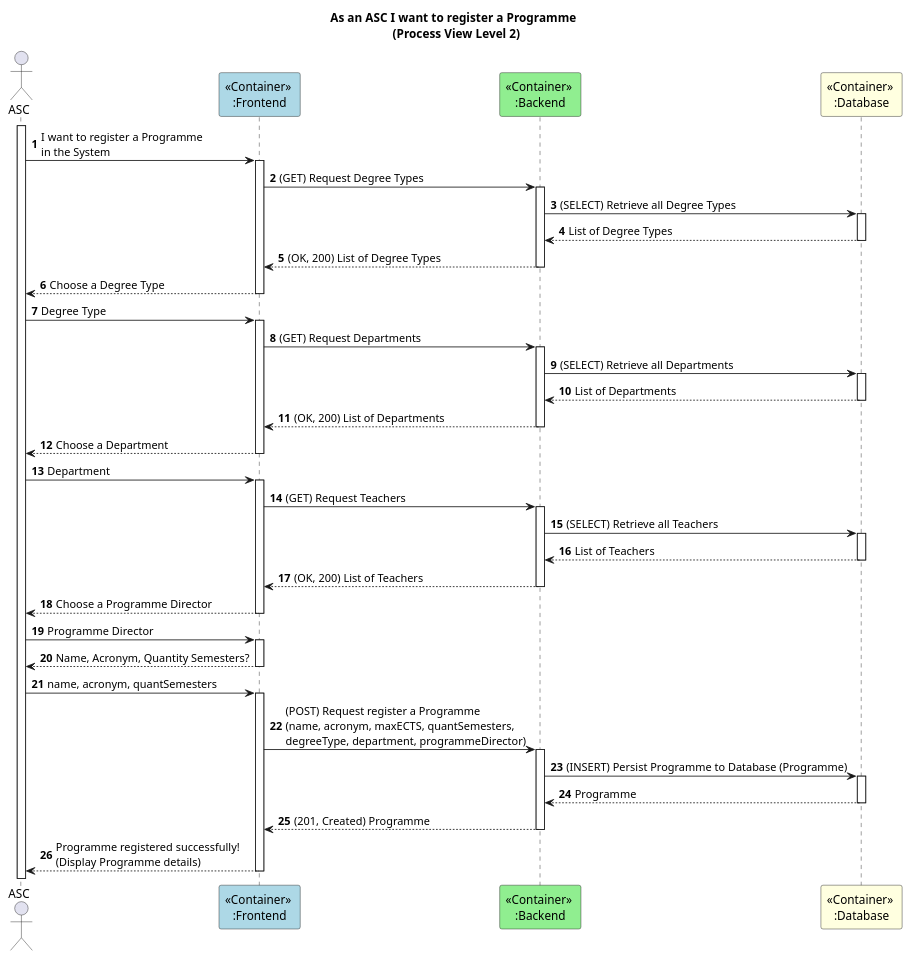
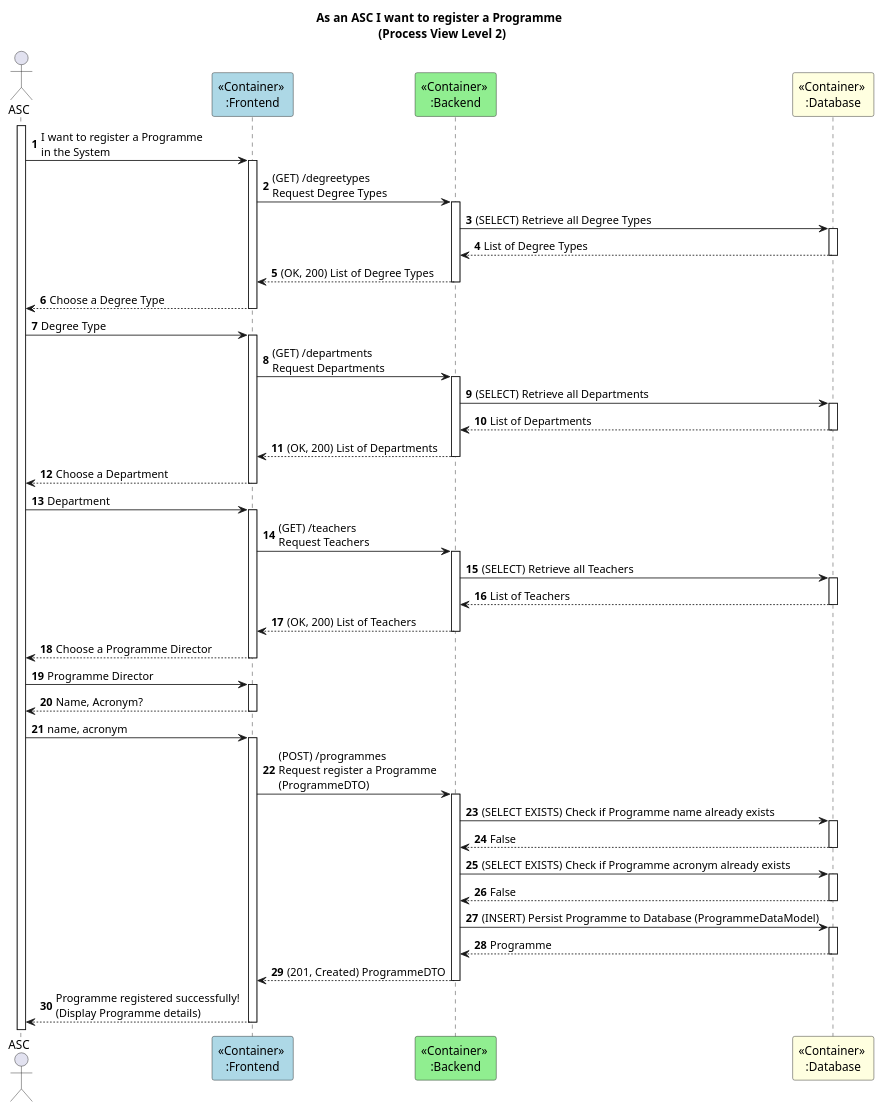
One commit to GasparISEP/DevOps-PAI changed the diagram in docs/US31/ProcessView/Level2.puml. Above: the diagram before and after it, drawn with PlantUML.

Commit message:
Ref #505, #523: Made corrections to ProcessView Level2 diagram

```diff
--- a/docs/US31/ProcessView/Level2.puml
+++ b/docs/US31/ProcessView/Level2.puml
@@ -1,43 +1,47 @@
 @startuml
 
 autonumber
 
 title As an ASC I want to register a Programme \n (Process View Level 2)
 
 actor ASC as Admin
 participant "<<Container>> \n:Frontend" as FE #lightblue
 participant "<<Container>> \n:Backend" as BE #lightgreen
 participant "<<Container>> \n:Database" as BD #lightyellow
 
 activate Admin
 Admin -> FE ++: I want to register a Programme \nin the System
-FE -> BE ++: (GET) Request Degree Types
+FE -> BE ++: (GET) /degreetypes \nRequest Degree Types
 BE -> BD ++: (SELECT) Retrieve all Degree Types
 BD --> BE --: List of Degree Types
 BE --> FE --: (OK, 200) List of Degree Types
 FE --> Admin --: Choose a Degree Type
 Admin -> FE ++: Degree Type
 
-FE -> BE ++: (GET) Request Departments
+FE -> BE ++: (GET) /departments \nRequest Departments
 BE -> BD ++: (SELECT) Retrieve all Departments
 BD --> BE --: List of Departments
 BE --> FE --: (OK, 200) List of Departments
 FE --> Admin --: Choose a Department
 Admin -> FE ++: Department
 
-FE -> BE ++: (GET) Request Teachers
+FE -> BE ++: (GET) /teachers \nRequest Teachers
 BE -> BD ++: (SELECT) Retrieve all Teachers
 BD --> BE --: List of Teachers
 BE --> FE --: (OK, 200) List of Teachers
 FE --> Admin --: Choose a Programme Director
 Admin -> FE ++: Programme Director
 
-FE --> Admin --: Name, Acronym, Quantity Semesters?
-Admin -> FE ++: name, acronym, quantSemesters
-FE -> BE ++: (POST) Request register a Programme \n(name, acronym, maxECTS, quantSemesters, \ndegreeType, department, programmeDirector)
-BE -> BD ++: (INSERT) Persist Programme to Database (Programme)
+FE --> Admin --: Name, Acronym?
+Admin -> FE ++: name, acronym
+FE -> BE ++: (POST) /programmes\nRequest register a Programme \n(ProgrammeDTO)
+BE -> BD ++: (SELECT EXISTS) Check if Programme name already exists
+BD --> BE --: False
+BE -> BD ++: (SELECT EXISTS) Check if Programme acronym already exists
+BD --> BE --: False
+BE -> BD ++: (INSERT) Persist Programme to Database (ProgrammeDataModel)
 BD --> BE --: Programme
-BE --> FE --: (201, Created) Programme
+BE --> FE --: (201, Created) ProgrammeDTO
 FE --> Admin --: Programme registered successfully! \n(Display Programme details)
 
 @enduml
```
